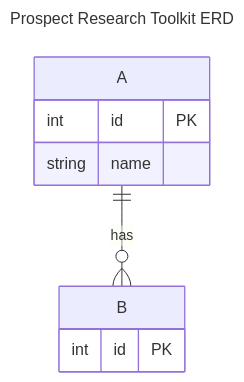
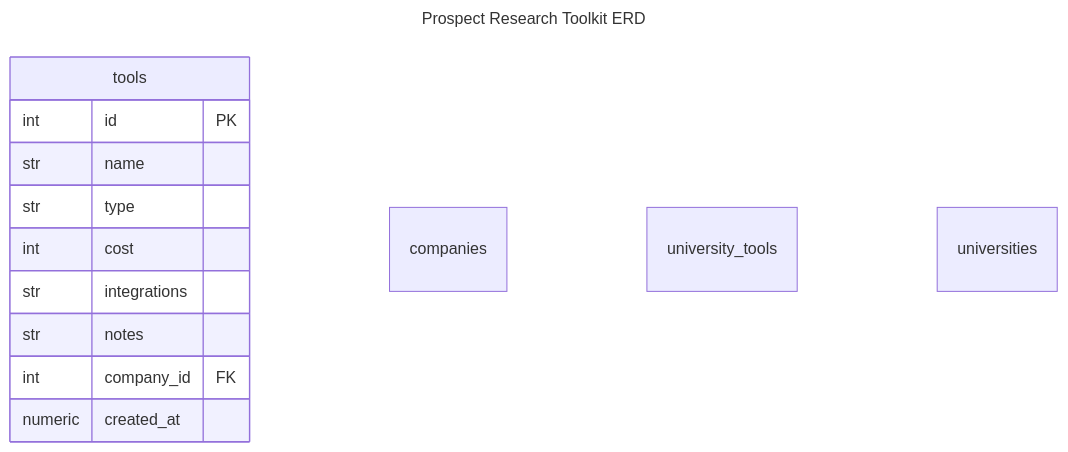
One commit to ApraUtah/ProspectResearchToolkit changed the diagram in data/database/gregs_mermaid_db_experiment.qmd. Above: the diagram before and after it, drawn with Mermaid.

Commit message:
...not sure what i added

````diff
--- a/data/database/gregs_mermaid_db_experiment.qmd
+++ b/data/database/gregs_mermaid_db_experiment.qmd
@@ -6,15 +6,23 @@
 ```{mermaid}
 ---
 title: Prospect Research Toolkit ERD
 ---
 erDiagram
-  A {
+
+%% ===TOOLS===
+  tools{
     int id PK
-    string name
+    str name
+    str type
+    int cost
+    str integrations
+    str notes
+    int company_id FK
+    numeric created_at
   }
-  B {
-    int id PK
-  }
-  A ||--o{ B : "has"
+  companies{}
+  university_tools{}
+  universities{}
+
 
 ```
````
